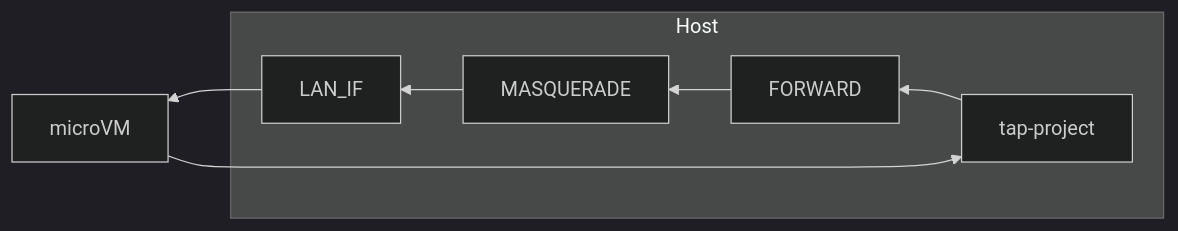
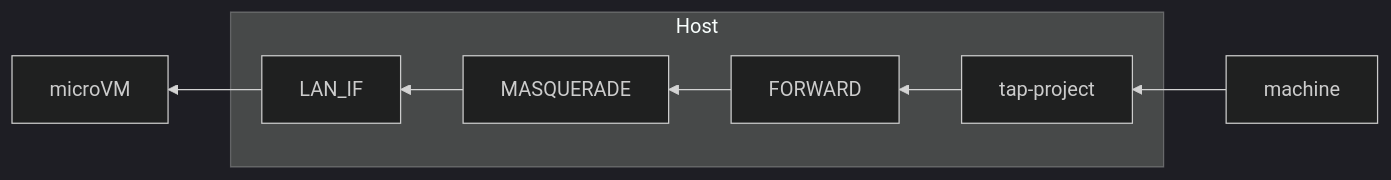
The second of 4 diagrams in README.md (cycl00ps/bap), drawn with Mermaid (dark theme) before and after one commit.

````diff
--- a/README.md
+++ b/README.md
@@ -47,10 +47,10 @@
 ```mermaid
 flowchart RL
   subgraph host [Host]
     TAP[tap-project]
     FW[FORWARD]
     NAT[MASQUERADE]
     LAN[LAN_IF]
   end
-  VM[microVM] --> TAP --> FW --> NAT --> LAN --> VM[microVM]
+  Developer[machine] --> TAP --> FW --> NAT --> LAN --> VM[microVM]
 ```
````
